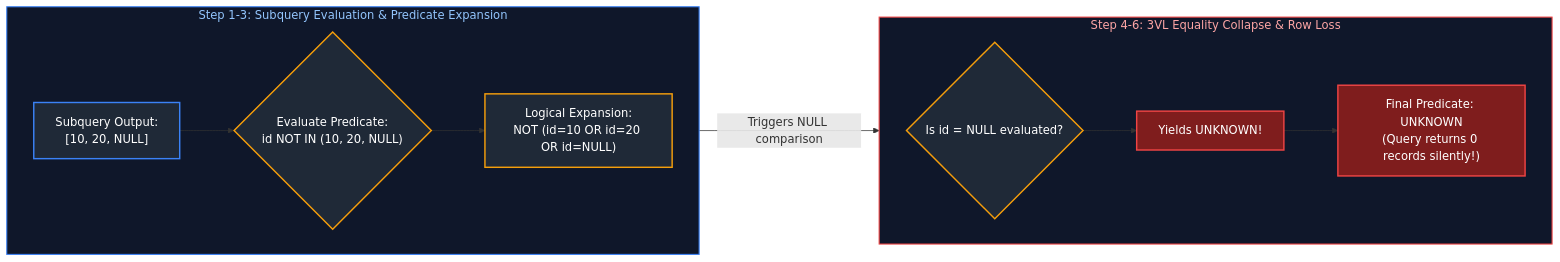
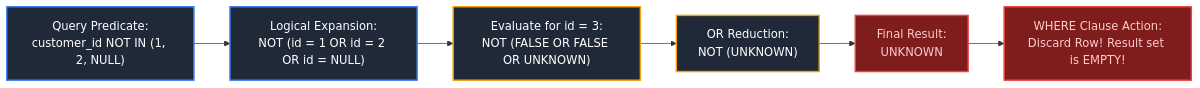
Before and after one commit to joydeep-biswas/Interview-Preparation: the fourth of 10 diagrams in Data Engineering/01_sql_fundamentals.md, drawn with Mermaid. The commit also changed other lines of this file and 143 other files, not shown here.

````diff
--- a/Data Engineering/01_sql_fundamentals.md
+++ b/Data Engineering/01_sql_fundamentals.md
@@ -291,23 +635,18 @@
 ```mermaid
 flowchart LR
-    subgraph Row1 ["Step 1-3: Subquery Evaluation & Predicate Expansion"]
-        direction LR
-        Sub["Subquery Output:<br/>[10, 20, NULL]"] --> Eval{"Evaluate Predicate:<br/>id NOT IN (10, 20, NULL)"} --> Exp["Logical Expansion:<br/>NOT (id=10 OR id=20 OR id=NULL)"]
-    end
+    Q["Query Predicate:<br/>customer_id NOT IN (1, 2, NULL)"]
+    Exp["Logical Expansion:<br/>NOT (id = 1 OR id = 2 OR id = NULL)"]
+    Eval["Evaluate for id = 3:<br/>NOT (FALSE OR FALSE OR UNKNOWN)"]
+    Collapse["OR Reduction:<br/>NOT (UNKNOWN)"]
+    Result["Final Result:<br/>UNKNOWN"]
+    Action["WHERE Clause Action:<br/>Discard Row! Result set is EMPTY!"]
 
-    subgraph Row2 ["Step 4-6: 3VL Equality Collapse & Row Loss"]
-        direction LR
-        Comp{"Is id = NULL evaluated?"} --> Unk["Yields UNKNOWN!"] --> Res["Final Predicate: UNKNOWN<br/>(Query returns 0 records silently!)"]
-    end
+    Q --> Exp --> Eval --> Collapse --> Result --> Action
 
-    Exp -->|"Triggers NULL comparison"| Comp
-
-    style Row1 fill:#0f172a,stroke:#3b82f6,stroke-width:1.5px,color:#93c5fd
-    style Row2 fill:#0f172a,stroke:#ef4444,stroke-width:1.5px,color:#fca5a5
-    style Sub fill:#1f2937,stroke:#3b82f6,stroke-width:2px,color:#fff
+    style Q fill:#1f2937,stroke:#3b82f6,stroke-width:2px,color:#fff
+    style Exp fill:#1f2937,stroke:#3b82f6,stroke-width:2px,color:#fff
     style Eval fill:#1f2937,stroke:#f59e0b,stroke-width:2px,color:#fff
-    style Exp fill:#1f2937,stroke:#f59e0b,stroke-width:2px,color:#fff
-    style Comp fill:#1f2937,stroke:#f59e0b,stroke-width:2px,color:#fff
-    style Unk fill:#7f1d1d,stroke:#ef4444,stroke-width:2px,color:#fff
-    style Res fill:#7f1d1d,stroke:#ef4444,stroke-width:2px,color:#fff
+    style Collapse fill:#1f2937,stroke:#f59e0b,stroke-width:2px,color:#fff
+    style Result fill:#7f1d1d,stroke:#ef4444,stroke-width:2px,color:#fecaca
+    style Action fill:#7f1d1d,stroke:#ef4444,stroke-width:2px,color:#fecaca
 ```
````
